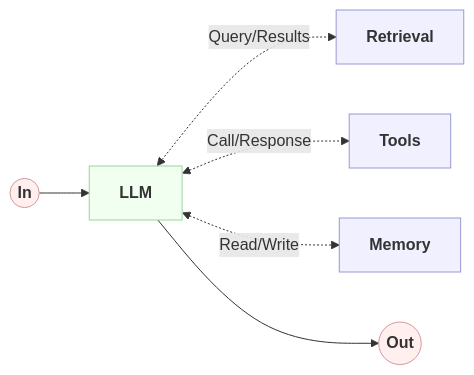
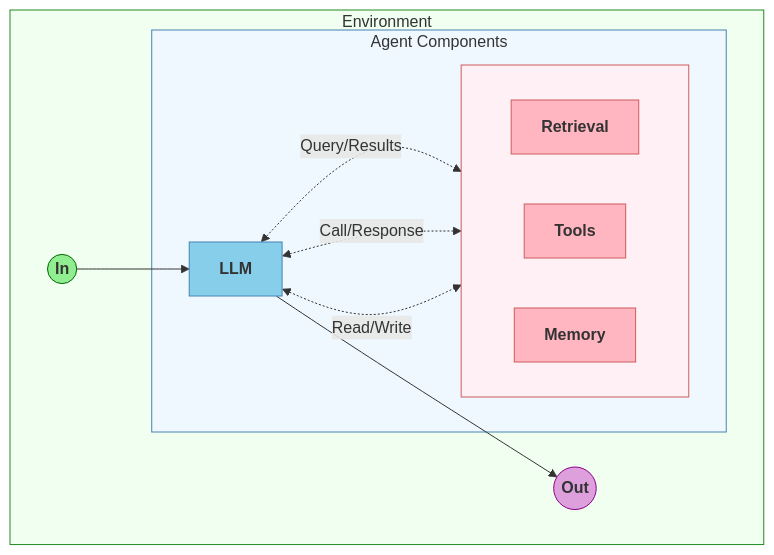
The second of 3 diagrams in docs/Understanding/agents/index.md (ianderrington/genai), drawn with Mermaid before and after one commit. The commit also changed other lines of this file and 37 other files, not shown here.

````diff
--- a/docs/Understanding/agents/index.md
+++ b/docs/Understanding/agents/index.md
@@ -31,12 +35,31 @@
     ```mermaid
-    graph LR
-        In(("`**In**`")):::input --> LLM["`**LLM**`"]:::llm
-        LLM <-.->|Query/Results| Retrieval["`**Retrieval**`"]:::component
-        LLM <-.->|Call/Response| Tools["`**Tools**`"]:::component
-        LLM <-.->|Read/Write| Memory["`**Memory**`"]:::component
-        LLM --> Out(("`**Out**`")):::output
-        classDef input fill:#ffefef,stroke:#d49999
-        classDef output fill:#ffefef,stroke:#d49999
-        classDef llm fill:#f0fff0,stroke:#9cd49c
-        classDef component fill:#f0f0ff,stroke:#9999d4
+    graph TB
+        subgraph Environment[Environment]
+            In(("`**In**`")):::observe --> LLM
+            
+            subgraph Agent[Agent Components]
+                LLM["`**LLM**`"]:::evaluate
+                
+                subgraph AgentComponents[" "]
+                    direction LR
+                    Retrieval["`**Retrieval**`"]:::propose
+                    Tools["`**Tools**`"]:::propose
+                    Memory["`**Memory**`"]:::propose
+                end
+                
+                LLM <-.->|Query/Results| Retrieval
+                LLM <-.->|Call/Response| Tools
+                LLM <-.->|Read/Write| Memory
+            end
+            
+            LLM --> Out(("`**Out**`")):::act
+        end
+        
+        classDef observe fill:#90EE90,stroke:#006400
+        classDef evaluate fill:#87CEEB,stroke:#4682B4
+        classDef propose fill:#FFB6C1,stroke:#CD5C5C
+        classDef act fill:#DDA0DD,stroke:#8B008B
+        style Agent fill:#F0F8FF,stroke:#4682B4
+        style AgentComponents fill:#FFF0F5,stroke:#CD5C5C
+        style Environment fill:#F0FFF0,stroke:#228B22
     ```
````
